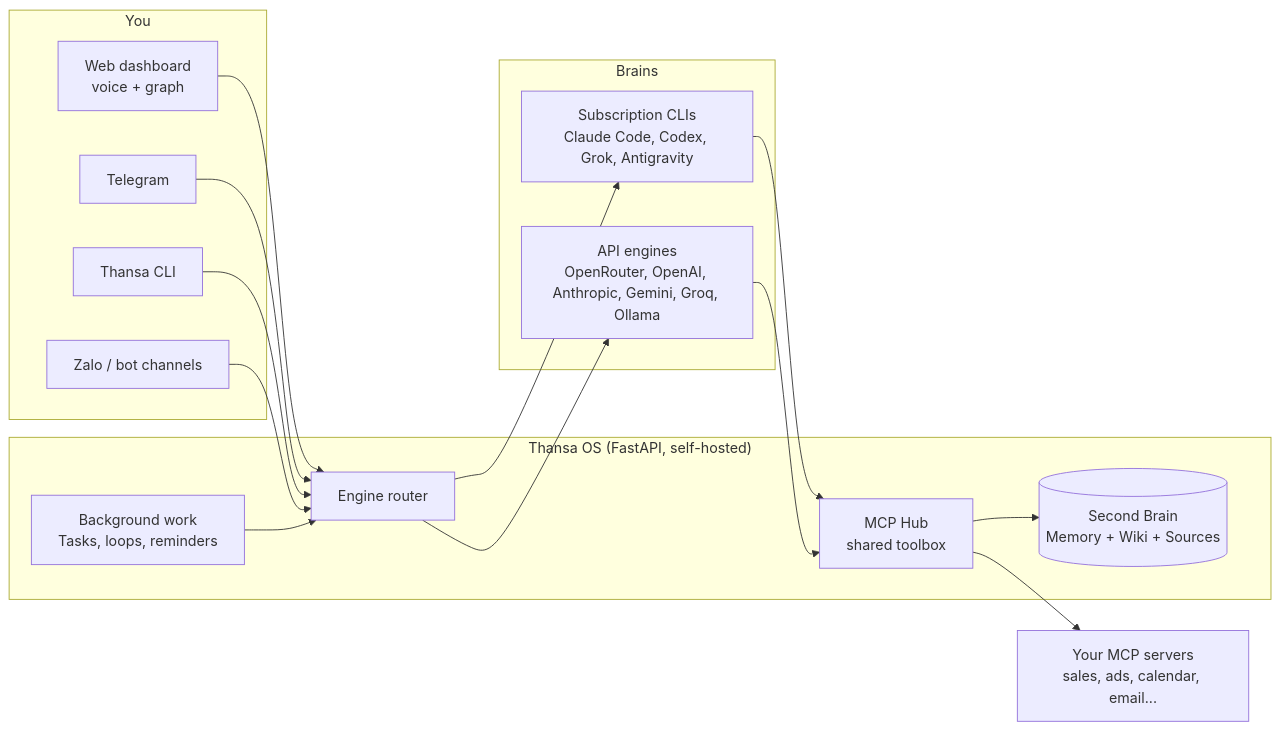
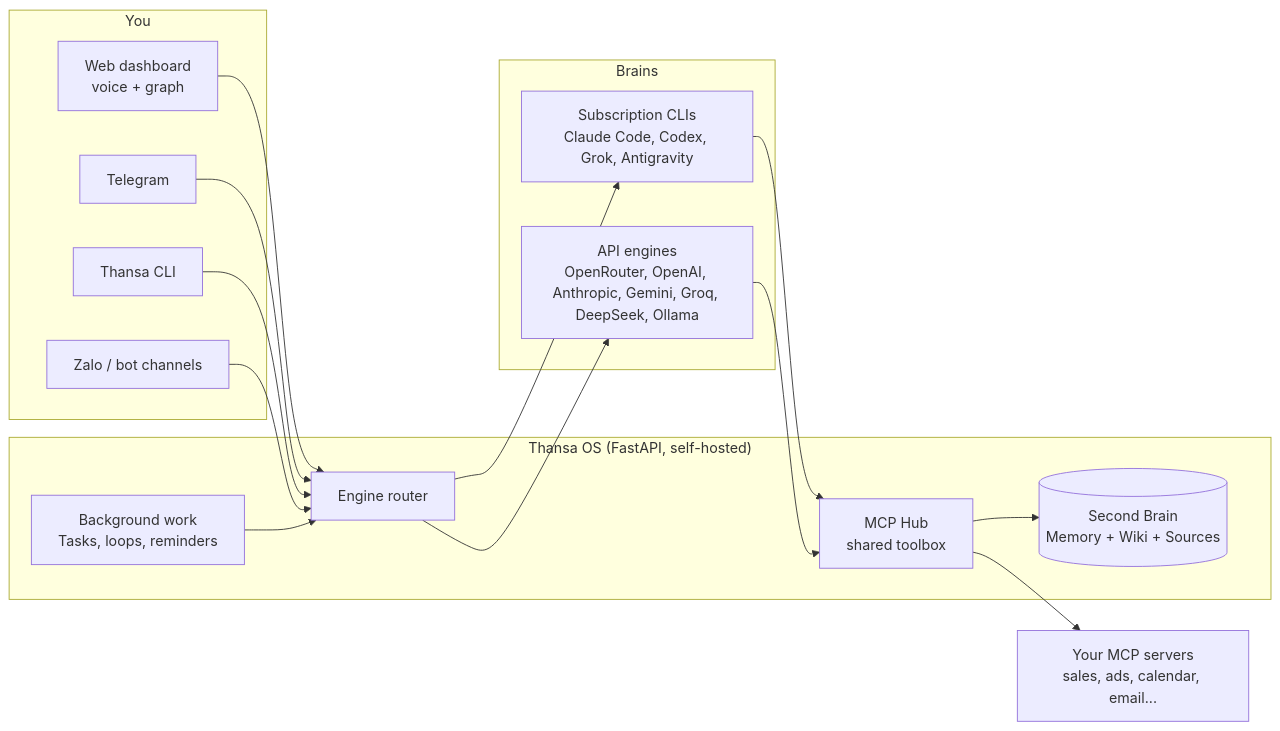
The diagram in README.md (xahoapro/thansa-os), drawn with Mermaid before and after one commit. The commit also changed other lines of this file and 132 other files, not shown here.

````diff
--- a/README.md
+++ b/README.md
@@ -207,25 +207,25 @@
 ```mermaid
 flowchart LR
     subgraph You
         W[Web dashboard<br>voice + graph]
         T[Telegram]
         C[Thansa CLI]
         Z[Zalo / bot channels]
     end
     subgraph Thansa["Thansa OS (FastAPI, self-hosted)"]
         R[Engine router]
         H[MCP Hub<br>shared toolbox]
         B[(Second Brain<br>Memory + Wiki + Sources)]
         Q[Background work<br>Tasks, loops, reminders]
     end
     subgraph Brains
         S[Subscription CLIs<br>Claude Code, Codex, Grok, Antigravity]
-        A[API engines<br>OpenRouter, OpenAI, Anthropic, Gemini, Groq, Ollama]
+        A[API engines<br>OpenRouter, OpenAI, Anthropic, Gemini, Groq, DeepSeek, Ollama]
     end
     W & T & C & Z --> R
     R --> S & A
     S & A --> H
     H --> B
     H --> M[Your MCP servers<br>sales, ads, calendar, email...]
     Q --> R
 ```
````
